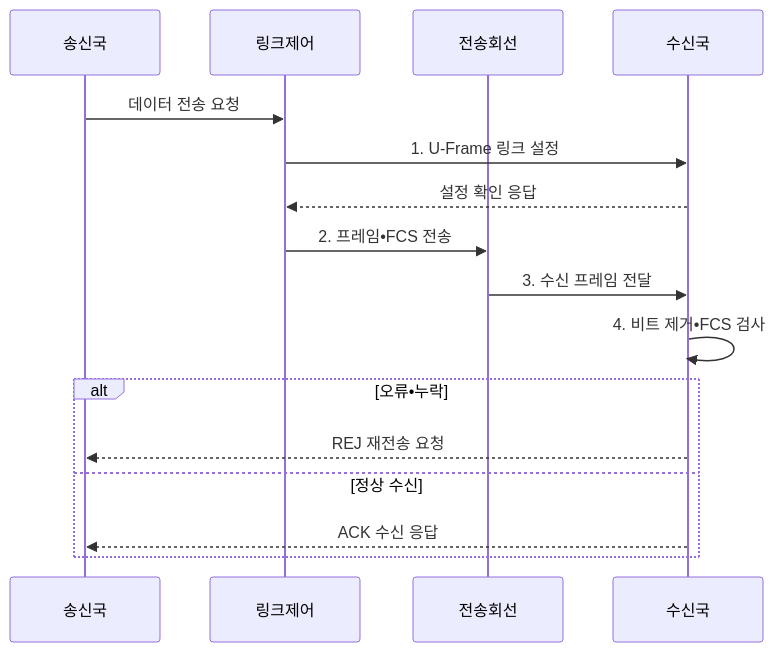
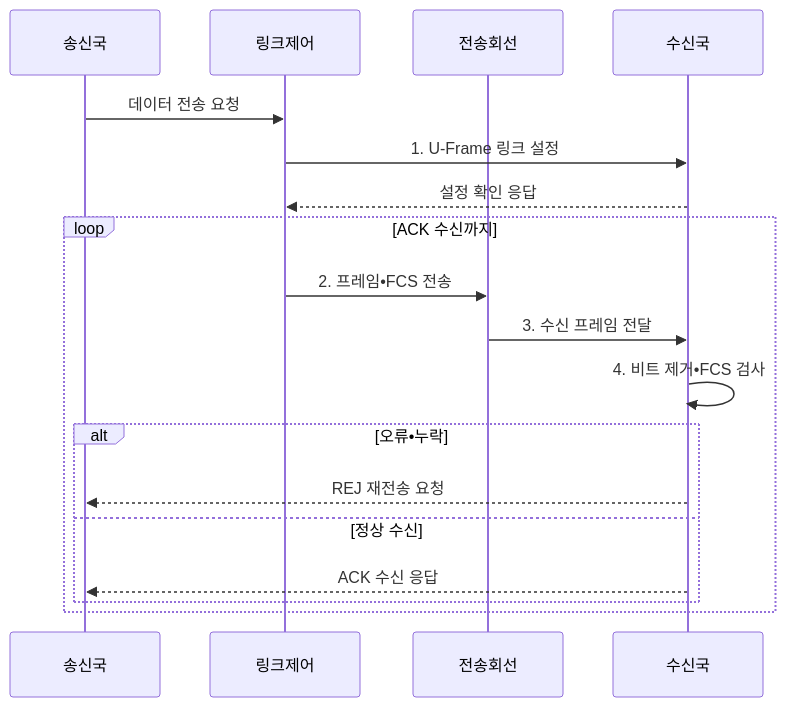
The second of 2 diagrams in src/content/docs/notes/04-network/071_hdlc.md (agnusdei1207/knowledge-base), drawn with Mermaid before and after one commit. The commit also changed other lines of this file and 10 other files, not shown here.

````diff
--- a/src/content/docs/notes/04-network/071_hdlc.md
+++ b/src/content/docs/notes/04-network/071_hdlc.md
@@ -106,18 +106,20 @@
 ```mermaid
 sequenceDiagram
     participant 송신국
     participant 링크제어
     participant 전송회선
     participant 수신국
     송신국->>링크제어: 데이터 전송 요청
     링크제어->>수신국: 1. U-Frame 링크 설정
     수신국-->>링크제어: 설정 확인 응답
-    링크제어->>전송회선: 2. 프레임•FCS 전송
-    전송회선->>수신국: 3. 수신 프레임 전달
-    수신국->>수신국: 4. 비트 제거•FCS 검사
-    alt 오류•누락
-        수신국-->>송신국: REJ 재전송 요청
-    else 정상 수신
-        수신국-->>송신국: ACK 수신 응답
+    loop ACK 수신까지
+        링크제어->>전송회선: 2. 프레임•FCS 전송
+        전송회선->>수신국: 3. 수신 프레임 전달
+        수신국->>수신국: 4. 비트 제거•FCS 검사
+        alt 오류•누락
+            수신국-->>송신국: REJ 재전송 요청
+        else 정상 수신
+            수신국-->>송신국: ACK 수신 응답
+        end
     end
 ```
````
